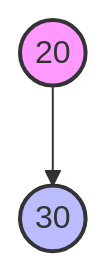
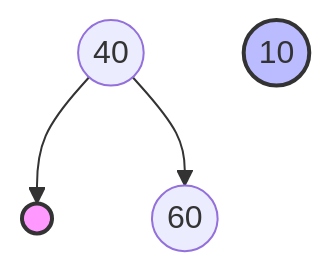
One commit to tpen098/notes changed diagram 36 of 50 in submissions/CS 197 HZZQ - Assessment 05/CS 197 HZZQ - Assessment 05.md. Above: the diagram before and after it, drawn with Mermaid. The commit also changed other lines of this file and 3 other files, not shown here.

````diff
--- a/submissions/CS 197 HZZQ - Assessment 05/CS 197 HZZQ - Assessment 05.md
+++ b/submissions/CS 197 HZZQ - Assessment 05/CS 197 HZZQ - Assessment 05.md
@@ -285,6 +580,9 @@
 ```mermaid
 graph TD
-    A2((20)) --> A5((30))
+    A1((40)) --> A2(( ))
+    A1 --> A3((60))
+    A4((10))
+    
     style A2 fill:#f9f,stroke:#333,stroke-width:2px
-    style A5 fill:#bbf,stroke:#333,stroke-width:2px
+	style A4 fill:#bbf,stroke:#333,stroke-width:2px
 ```
````
